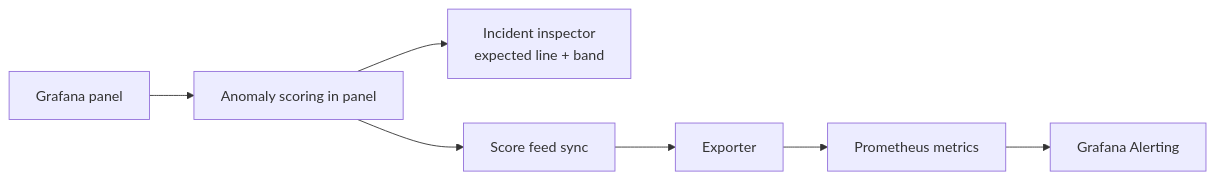
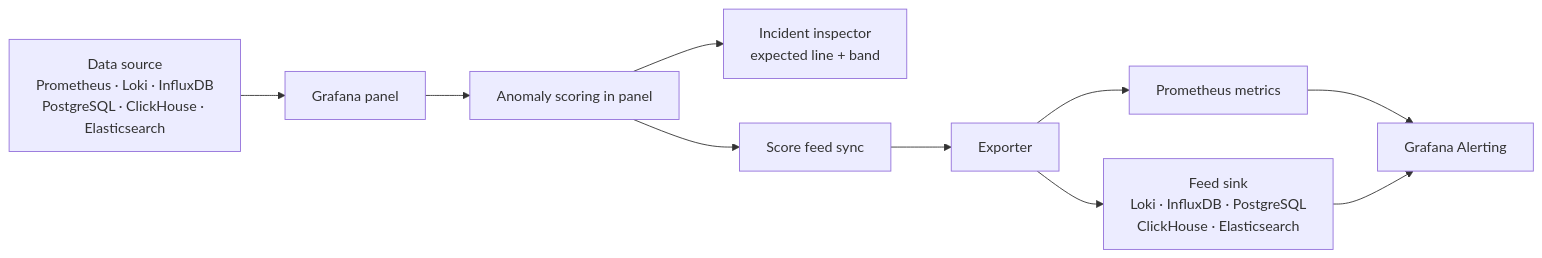
One commit to alpaslancetin/grafana-anomaly-detector changed the diagram in README.md. Above: the diagram before and after it, drawn with Mermaid. The commit also changed other lines of this file and 11 other files, not shown here.

````diff
--- a/README.md
+++ b/README.md
@@ -64,9 +70,12 @@
 ```mermaid
 flowchart LR
-    A["Grafana panel"] --> B["Anomaly scoring in panel"]
+    S["Data source<br/>Prometheus · Loki · InfluxDB<br/>PostgreSQL · ClickHouse · Elasticsearch"] --> A["Grafana panel"]
+    A --> B["Anomaly scoring in panel"]
     B --> C["Incident inspector<br/>expected line + band"]
     B --> D["Score feed sync"]
     D --> E["Exporter"]
     E --> F["Prometheus metrics"]
-    F --> G["Grafana Alerting"]
+    E --> G["Feed sink<br/>Loki · InfluxDB · PostgreSQL<br/>ClickHouse · Elasticsearch"]
+    F --> H["Grafana Alerting"]
+    G --> H
 ```
````
